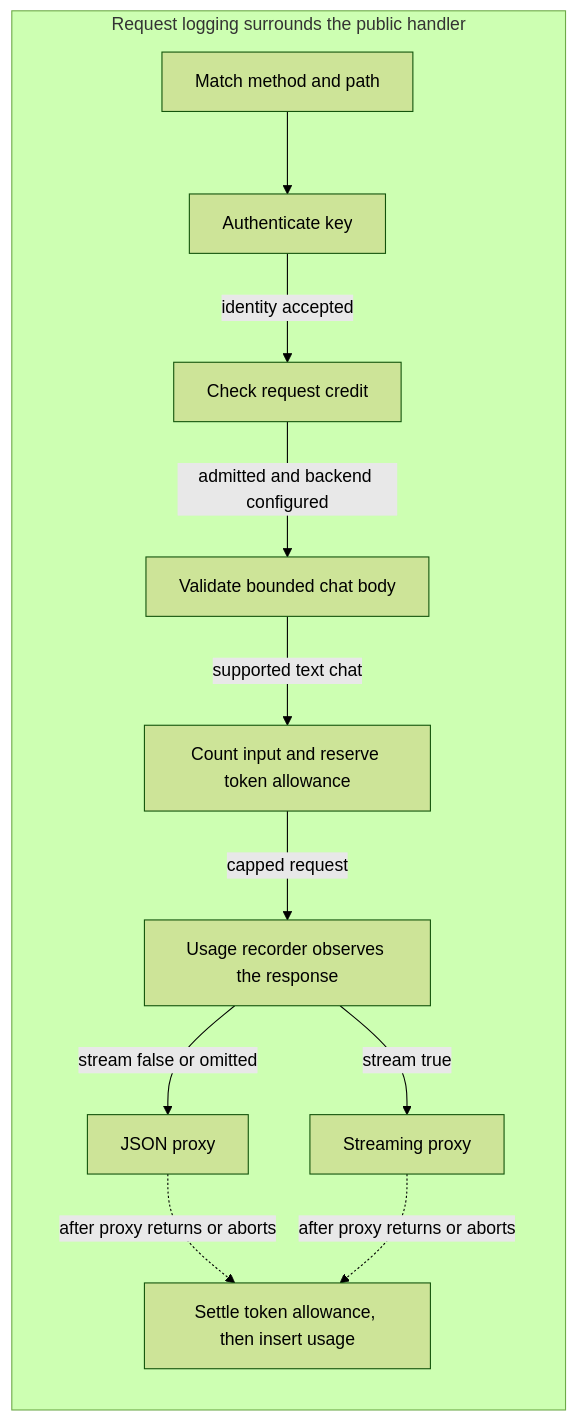
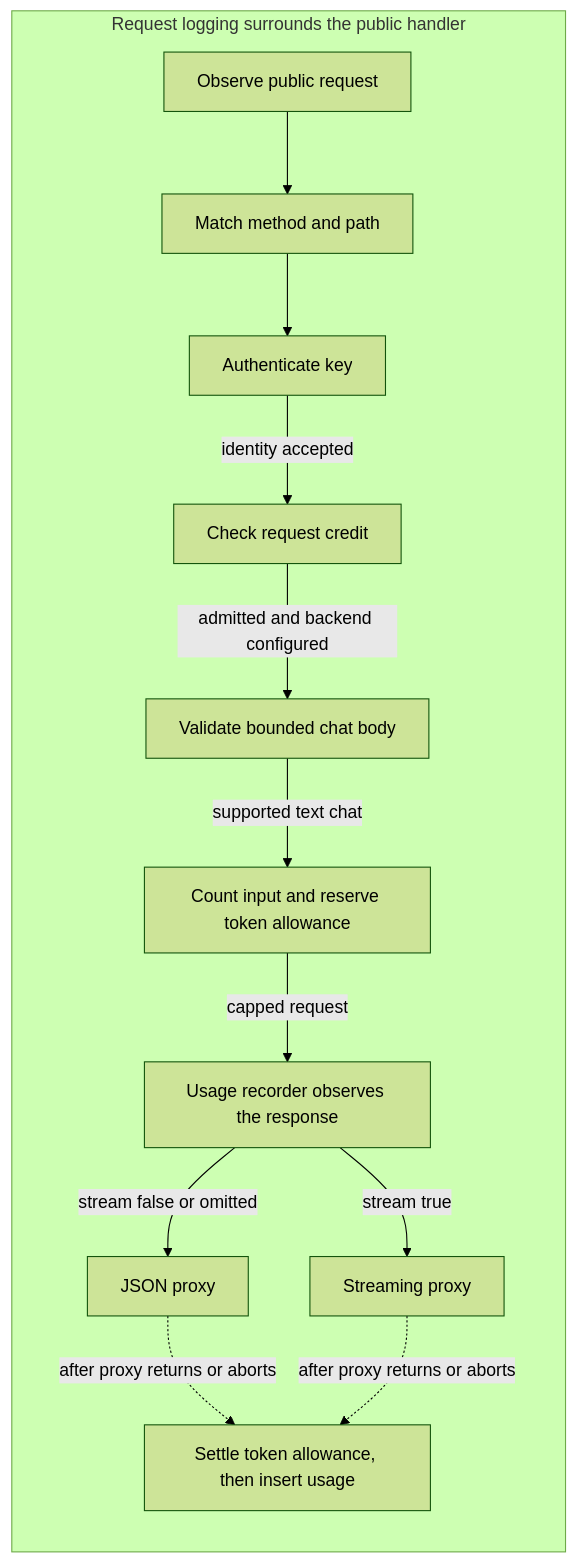
One commit to TheRealShek/llmgate changed the diagram in docs/architecture.md. Above: the diagram before and after it, drawn with Mermaid (forest theme). The commit also changed other lines of this file and 20 other files, not shown here.

````diff
--- a/docs/architecture.md
+++ b/docs/architecture.md
@@ -17,15 +16,16 @@
 ```mermaid
 flowchart TD
     subgraph Logged[Request logging surrounds the public handler]
         direction TD
-        Routes[Match method and path] --> Auth[Authenticate key]
+        Metrics[Observe public request] --> Routes[Match method and path]
+        Routes --> Auth[Authenticate key]
         Auth -->|identity accepted| Rate[Check request credit]
         Rate -->|admitted and backend configured| Chat[Validate bounded chat body]
         Chat -->|supported text chat| Quota[Count input and reserve token allowance]
         Quota -->|capped request| Usage[Usage recorder observes the response]
         Usage -->|stream false or omitted| JSON[JSON proxy]
         Usage -->|stream true| SSE[Streaming proxy]
         JSON -.->|after proxy returns or aborts| Finalize[Settle token allowance, then insert usage]
         SSE -.->|after proxy returns or aborts| Finalize
     end
 ```
````
